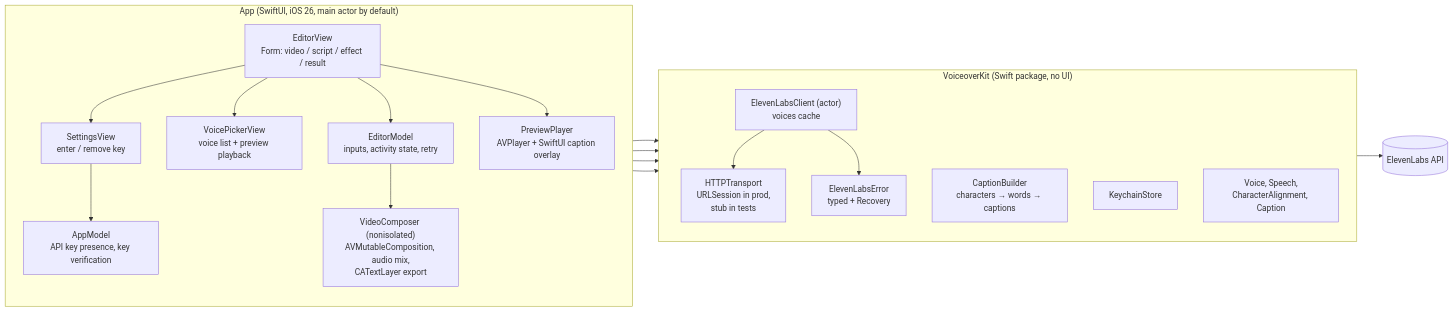
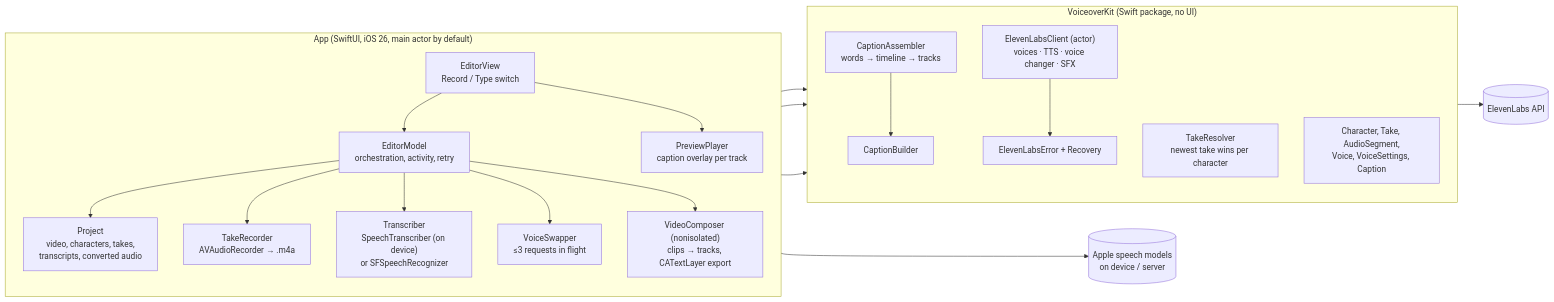
Before and after one commit to yvelkoa/VoiceoverStudio: the first of 5 diagrams in README.md, drawn with Mermaid. The commit also changed other lines of this file, not shown here.

First line of the commit message:
Document the record-and-swap architecture

````diff
--- a/README.md
+++ b/README.md
@@ -16,38 +21,38 @@
 ```mermaid
 flowchart LR
     subgraph App["App (SwiftUI, iOS 26, main actor by default)"]
         direction TB
-        AppModel["AppModel<br/>API key presence, key verification"]
-        EditorModel["EditorModel<br/>inputs, activity state, retry"]
-        EditorView["EditorView<br/>Form: video / script / effect / result"]
-        VoicePicker["VoicePickerView<br/>voice list + preview playback"]
-        Settings["SettingsView<br/>enter / remove key"]
-        Preview["PreviewPlayer<br/>AVPlayer + SwiftUI caption overlay"]
-        Composer["VideoComposer (nonisolated)<br/>AVMutableComposition, audio mix,<br/>CATextLayer export"]
+        EditorView["EditorView<br/>Record / Type switch"]
+        EditorModel["EditorModel<br/>orchestration, activity, retry"]
+        Project["Project<br/>video, characters, takes,<br/>transcripts, converted audio"]
+        Recorder["TakeRecorder<br/>AVAudioRecorder → .m4a"]
+        Transcriber["Transcriber<br/>SpeechTranscriber (on device)<br/>or SFSpeechRecognizer"]
+        Swapper["VoiceSwapper<br/>≤3 requests in flight"]
+        Composer["VideoComposer (nonisolated)<br/>clips → tracks, CATextLayer export"]
+        Preview["PreviewPlayer<br/>caption overlay per track"]
     end
 
     subgraph Kit["VoiceoverKit (Swift package, no UI)"]
         direction TB
-        Client["ElevenLabsClient (actor)<br/>voices cache"]
-        Transport["HTTPTransport<br/>URLSession in prod,<br/>stub in tests"]
-        Captions["CaptionBuilder<br/>characters → words → captions"]
-        Errors["ElevenLabsError<br/>typed + Recovery"]
-        Keychain["KeychainStore"]
-        Models["Voice, Speech,<br/>CharacterAlignment, Caption"]
+        Client["ElevenLabsClient (actor)<br/>voices · TTS · voice changer · SFX"]
+        Resolver["TakeResolver<br/>newest take wins per character"]
+        Assembler["CaptionAssembler<br/>words → timeline → tracks"]
+        Captions["CaptionBuilder"]
+        Errors["ElevenLabsError + Recovery"]
+        Models["Character, Take, AudioSegment,<br/>Voice, VoiceSettings, Caption"]
     end
 
     EL[("ElevenLabs API")]
+    Apple[("Apple speech models<br/>on device / server")]
 
     EditorView --> EditorModel
-    EditorView --> VoicePicker
-    EditorView --> Settings
     EditorView --> Preview
-    Settings --> AppModel
-    AppModel --> Keychain
-    AppModel --> Client
-    EditorModel --> Client
-    EditorModel --> Captions
+    EditorModel --> Project
+    EditorModel --> Recorder
+    EditorModel --> Transcriber --> Apple
+    EditorModel --> Swapper --> Client --> EL
     EditorModel --> Composer
-    Client --> Transport --> EL
+    Project --> Resolver
+    EditorModel --> Assembler --> Captions
     Client --> Errors
 ```
````
